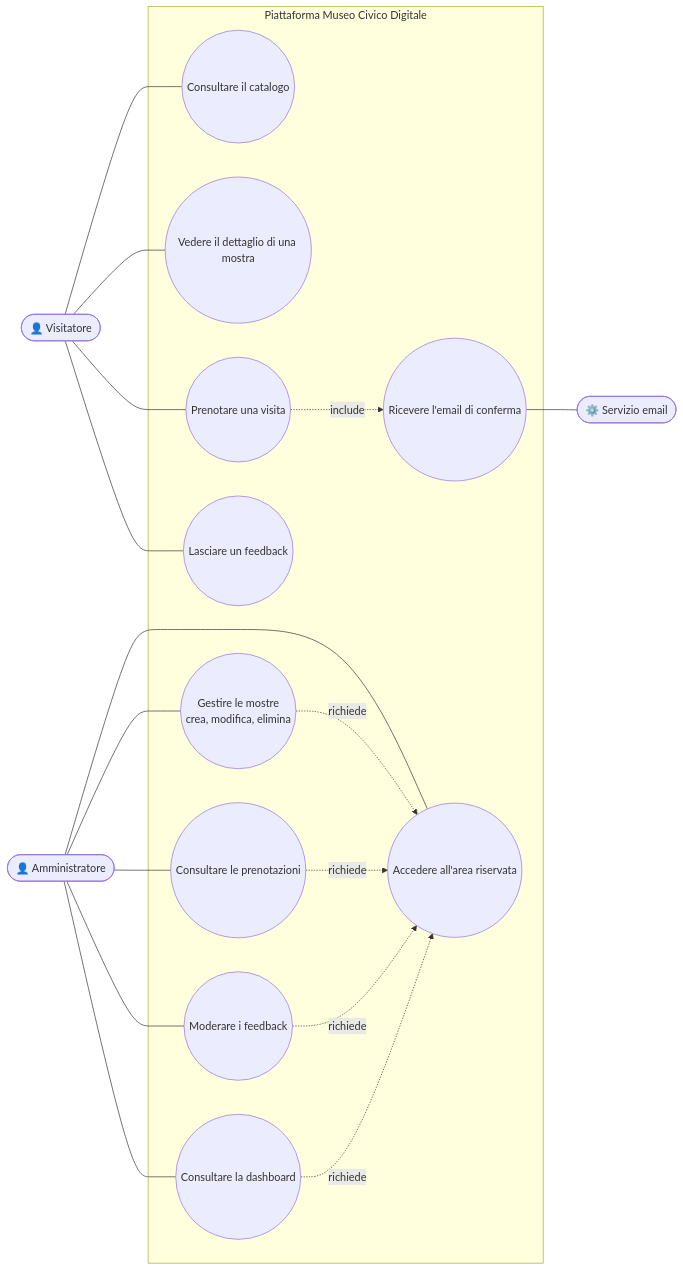
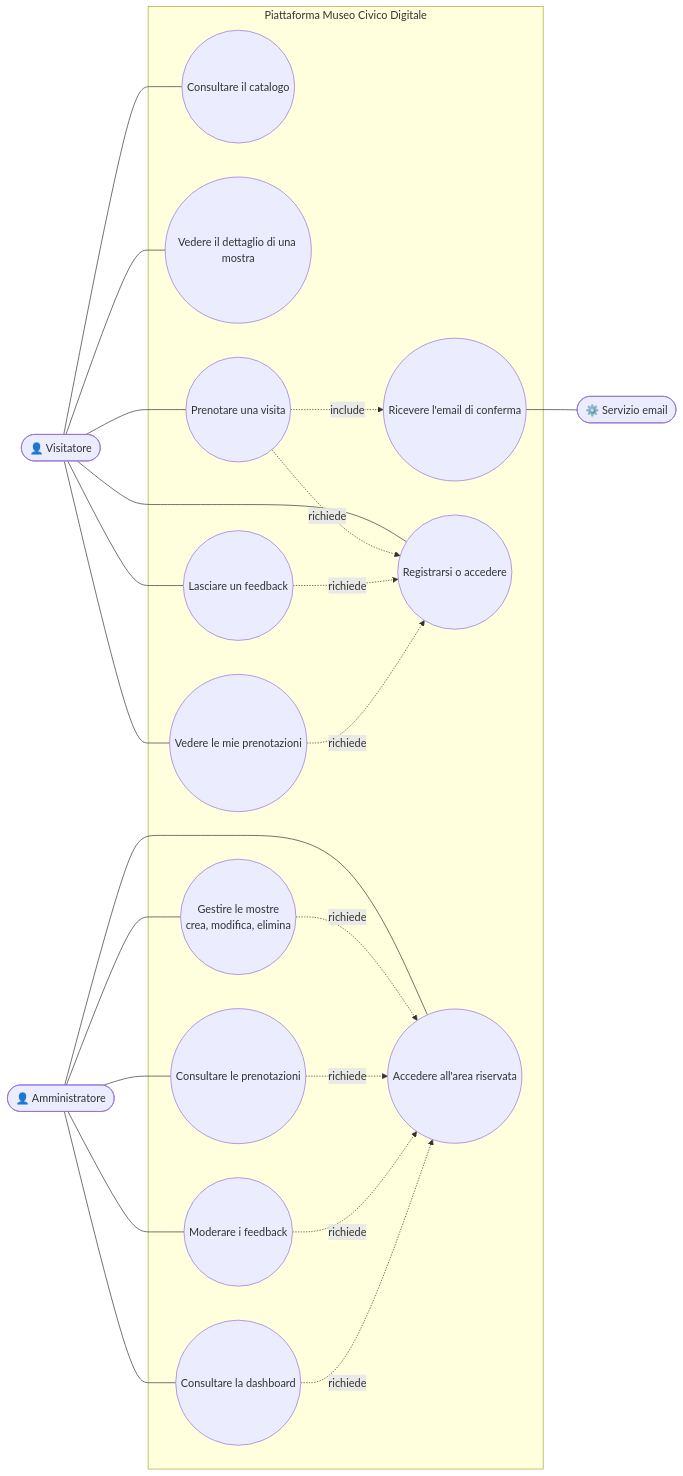
The fifth of 8 diagrams in DOCUMENTATION.md (reverserob/museo-digitale-pw), drawn with Mermaid before and after one commit. The commit also changed other lines of this file and 42 other files, not shown here.

````diff
--- a/DOCUMENTATION.md
+++ b/DOCUMENTATION.md
@@ -269,35 +289,42 @@
 ```mermaid
 flowchart LR
     V(["👤 Visitatore"])
     AM(["👤 Amministratore"])
     EM(["⚙️ Servizio email"])
 
     subgraph SYS["Piattaforma Museo Civico Digitale"]
         UC1(("Consultare il catalogo"))
         UC2(("Vedere il dettaglio di una mostra"))
         UC3(("Prenotare una visita"))
         UC4(("Ricevere l'email di conferma"))
         UC5(("Lasciare un feedback"))
+        UC11(("Registrarsi o accedere"))
+        UC12(("Vedere le mie prenotazioni"))
         UC6(("Accedere all'area riservata"))
         UC7(("Gestire le mostre<br/>crea, modifica, elimina"))
         UC8(("Consultare le prenotazioni"))
         UC9(("Moderare i feedback"))
         UC10(("Consultare la dashboard"))
     end
 
     V --- UC1
     V --- UC2
     V --- UC3
     V --- UC5
+    V --- UC11
+    V --- UC12
+    UC3 -. "richiede" .-> UC11
+    UC5 -. "richiede" .-> UC11
+    UC12 -. "richiede" .-> UC11
     UC3 -. "include" .-> UC4
     UC4 --- EM
     AM --- UC6
     AM --- UC7
     AM --- UC8
     AM --- UC9
     AM --- UC10
     UC7 -. "richiede" .-> UC6
     UC8 -. "richiede" .-> UC6
     UC9 -. "richiede" .-> UC6
     UC10 -. "richiede" .-> UC6
 ```
````
